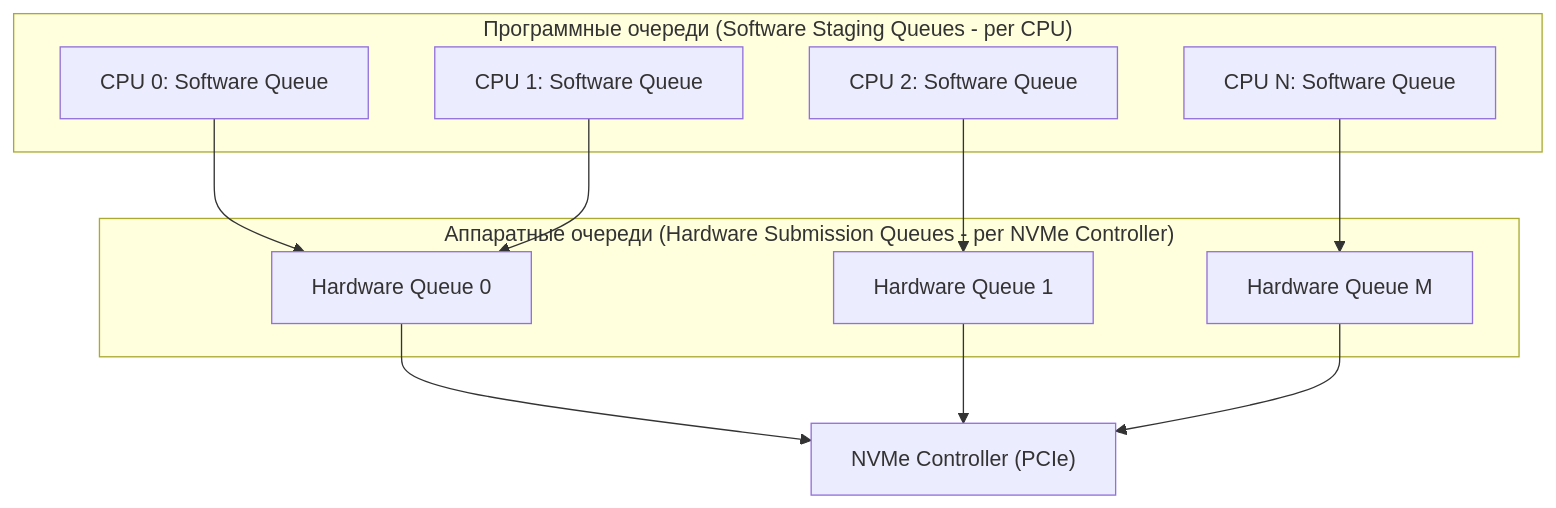
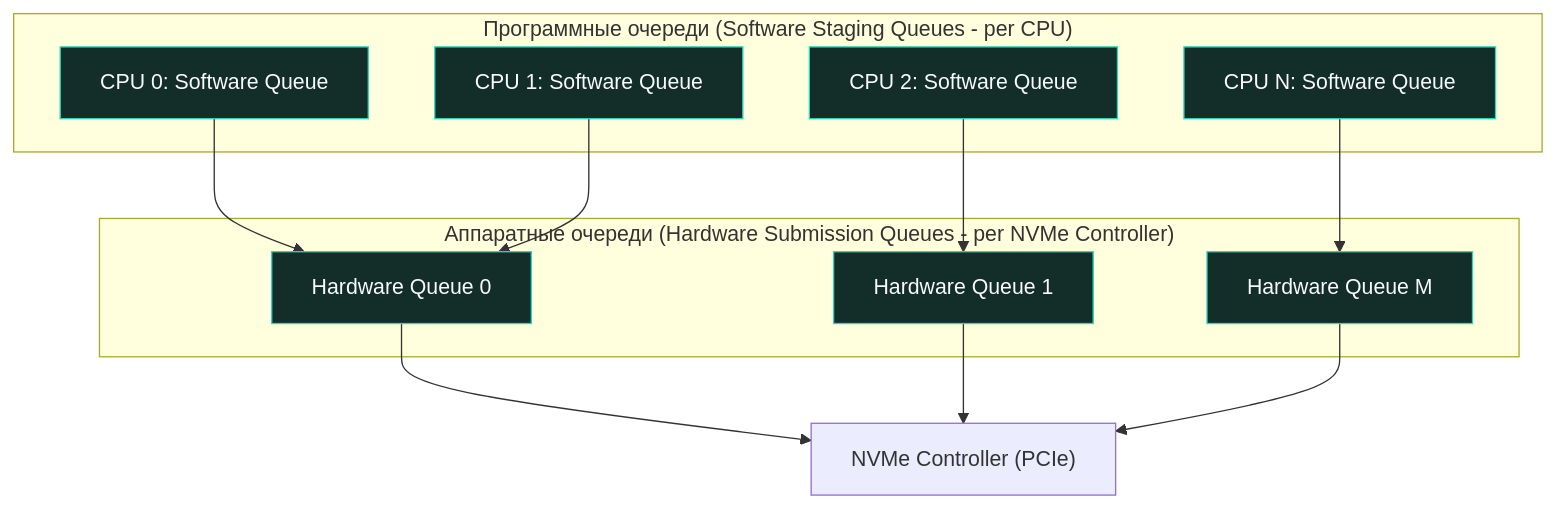
The fourth of 6 diagrams in sources/2. Устройство и работа ОС/45. Scheduler диска и очередь запросов.md (UnrealTemplier/go-textbook), drawn with Mermaid before and after one commit. The commit also changed other lines of this file and 1666 other files, not shown here.

First line of the commit message:
feat(mermaid): add semantic color classDef to 1369 colorless flowchart/graph diagrams

````diff
--- a/sources/2. Устройство и работа ОС/45. Scheduler диска и очередь запросов.md
+++ b/sources/2. Устройство и работа ОС/45. Scheduler диска и очередь запросов.md
@@ -127,24 +157,34 @@
 ```mermaid
 flowchart TD
+    classDef process  fill:#1e293b,stroke:#38bdf8,stroke-width:1px,color:#f8fafc
+    classDef success  fill:#064e3b,stroke:#34d399,stroke-width:1px,color:#f8fafc
+    classDef error    fill:#7f1d1d,stroke:#f87171,stroke-width:1px,color:#f8fafc
+    classDef warning  fill:#78350f,stroke:#fbbf24,stroke-width:1px,color:#f8fafc
+    classDef entry    fill:#1e3a5f,stroke:#38bdf8,stroke-width:2px,color:#f8fafc
+    classDef aux      fill:#334155,stroke:#64748b,stroke-width:1px,color:#f8fafc
+    classDef system   fill:#312e81,stroke:#a78bfa,stroke-width:1px,color:#f8fafc
+    classDef data     fill:#132d29,stroke:#2dd4bf,stroke-width:1px,color:#f8fafc
+    classDef network  fill:#881337,stroke:#fb7185,stroke-width:1px,color:#f8fafc
+    classDef accent   fill:#1e1b4b,stroke:#818cf8,stroke-width:1px,color:#f8fafc
     subgraph SoftwareQueues["Программные очереди (Software Staging Queues - per CPU)"]
-        SQ0["CPU 0: Software Queue"]
-        SQ1["CPU 1: Software Queue"]
-        SQ2["CPU 2: Software Queue"]
-        SQN["CPU N: Software Queue"]
+        SQ0["CPU 0: Software Queue"]:::data
+        SQ1["CPU 1: Software Queue"]:::data
+        SQ2["CPU 2: Software Queue"]:::data
+        SQN["CPU N: Software Queue"]:::data
     end
 
     subgraph HardwareQueues["Аппаратные очереди (Hardware Submission Queues - per NVMe Controller)"]
-        HQ0["Hardware Queue 0"]
-        HQ1["Hardware Queue 1"]
-        HQM["Hardware Queue M"]
+        HQ0["Hardware Queue 0"]:::data
+        HQ1["Hardware Queue 1"]:::data
+        HQM["Hardware Queue M"]:::data
     end
 
     SQ0 --> HQ0
     SQ1 --> HQ0
     SQ2 --> HQ1
     SQN --> HQM
 
     HQ0 --> NVMe["NVMe Controller (PCIe)"]
     HQ1 --> NVMe
     HQM --> NVMe
 ```
````
